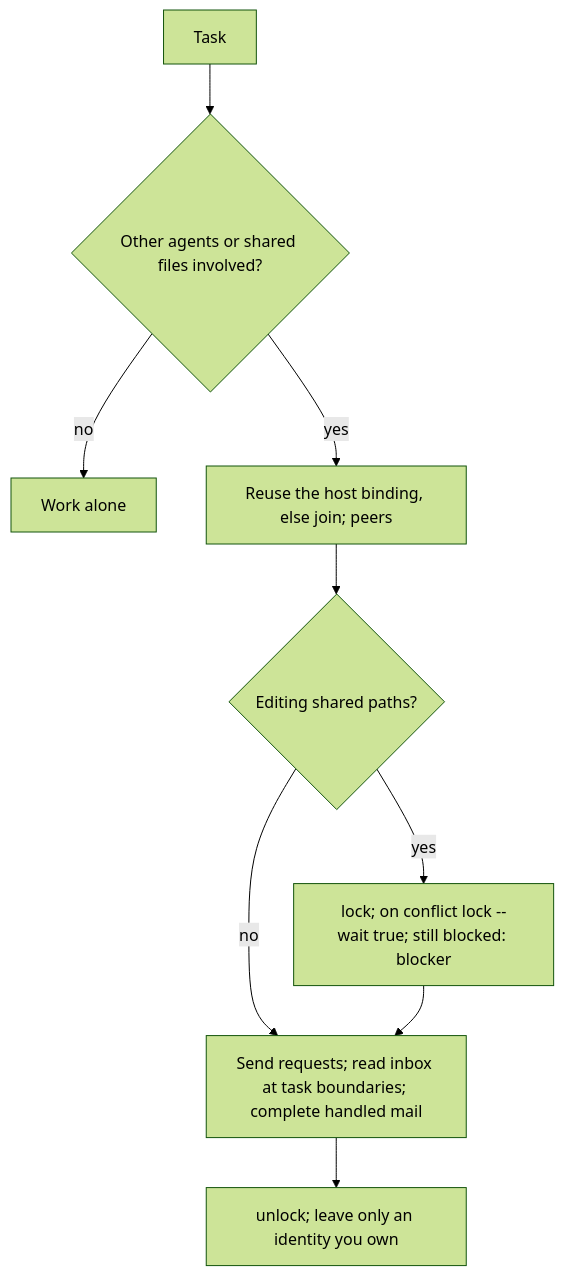
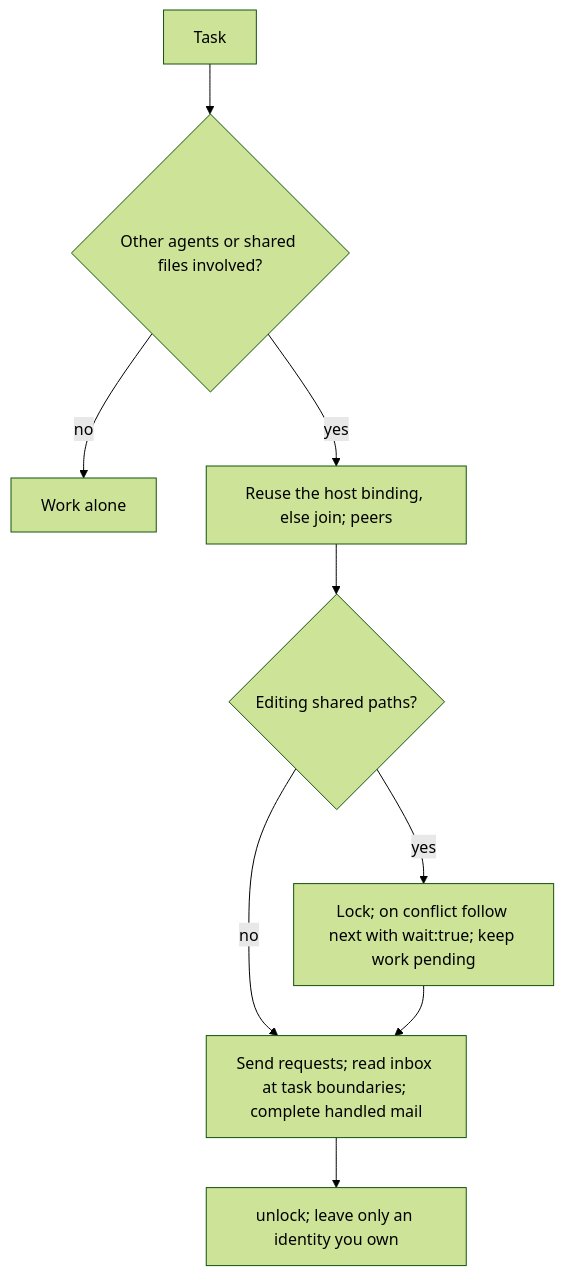
One commit to bgauryy/octocode changed the diagram in skills/octocode-agents-communication/SKILL.md. Above: the diagram before and after it, drawn with Mermaid (forest theme). The commit also changed other lines of this file and 832 other files, not shown here.

````diff
--- a/skills/octocode-agents-communication/SKILL.md
+++ b/skills/octocode-agents-communication/SKILL.md
@@ -10,11 +10,11 @@
 ```mermaid
 flowchart TD
   A[Task] --> B{Other agents or shared files involved?}
   B -- no --> Z[Work alone]
   B -- yes --> J[Reuse the host binding, else join; peers]
   J --> E{Editing shared paths?}
-  E -- yes --> L[lock; on conflict lock --wait true; still blocked: blocker]
+  E -- yes --> L[Lock; on conflict follow next with wait:true; keep work pending]
   E -- no --> M[Send requests; read inbox at task boundaries; complete handled mail]
   L --> M
   M --> U[unlock; leave only an identity you own]
 ```
````
